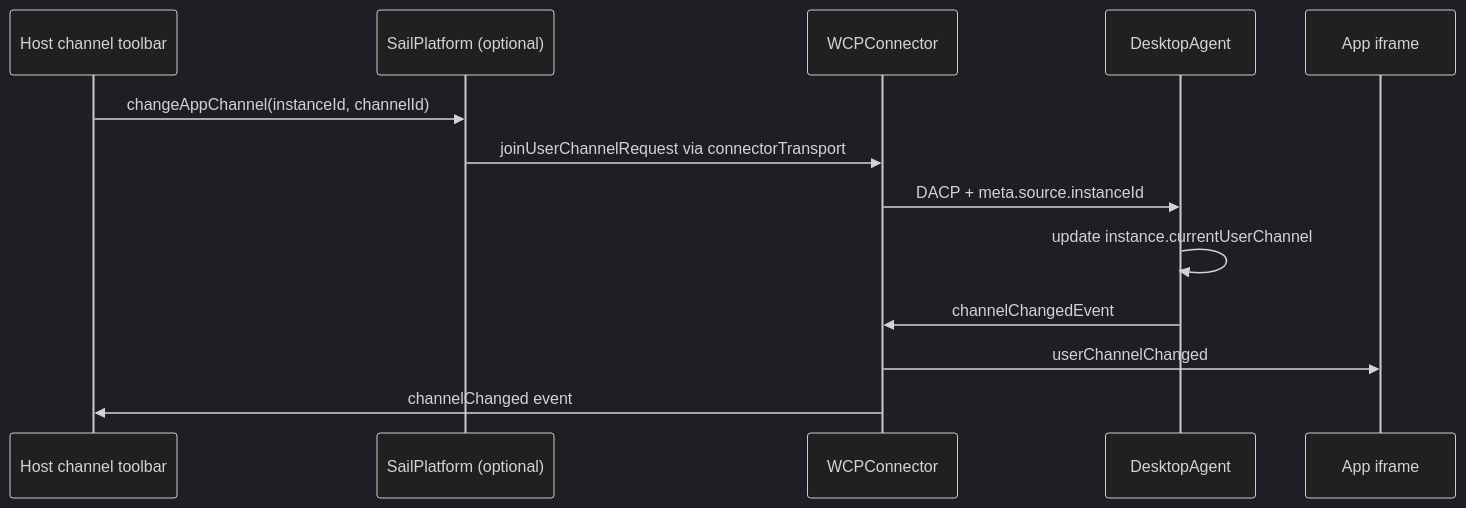
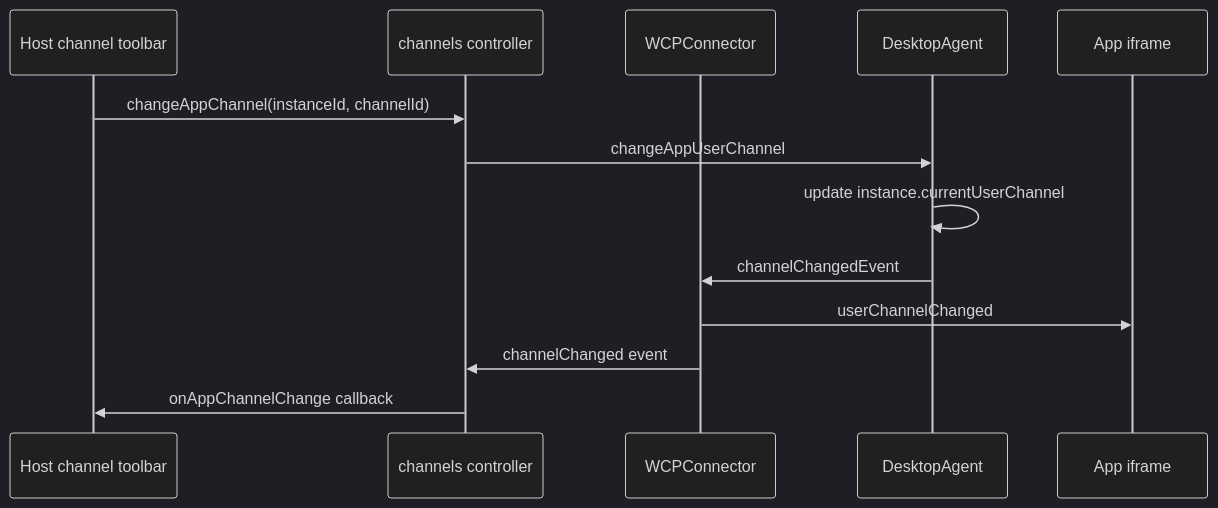
The sixth of 6 diagrams in website/docs/packages/desktop-agent/composition.md (SeeWhatsOn/FDC3-Sail), drawn with Mermaid (dark theme) before and after one commit. The commit also changed other lines of this file and 12 other files, not shown here.

````diff
--- a/website/docs/packages/desktop-agent/composition.md
+++ b/website/docs/packages/desktop-agent/composition.md
@@ -208,16 +210,16 @@
 ```mermaid
 sequenceDiagram
   participant Chrome as Host channel toolbar
-  participant Plat as SailPlatform (optional)
+  participant Ctrl as channels controller
   participant Edge as WCPConnector
   participant DA as DesktopAgent
   participant App as App iframe
 
-  Chrome->>Plat: changeAppChannel(instanceId, channelId)
-  Plat->>Edge: joinUserChannelRequest via connectorTransport
-  Edge->>DA: DACP + meta.source.instanceId
+  Chrome->>Ctrl: changeAppChannel(instanceId, channelId)
+  Ctrl->>DA: changeAppUserChannel
   DA->>DA: update instance.currentUserChannel
   DA->>Edge: channelChangedEvent
   Edge->>App: userChannelChanged
-  Edge->>Chrome: channelChanged event
+  Edge->>Ctrl: channelChanged event
+  Ctrl->>Chrome: onAppChannelChange callback
 ```
````
